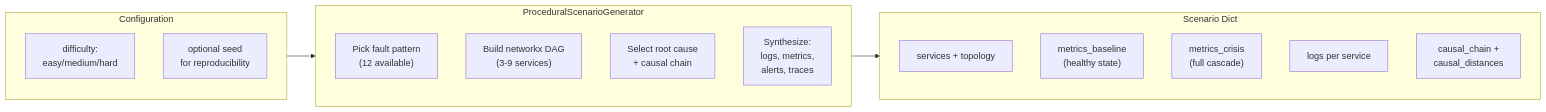
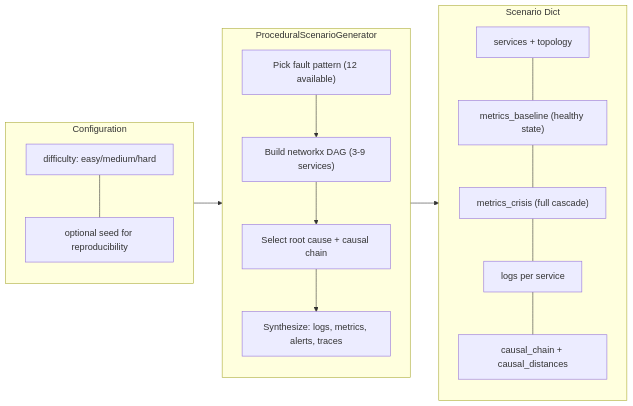
Before and after one commit to wildcraft958/incident_triage_env: the third of 7 diagrams in docs/ARCHITECTURE.md, drawn with Mermaid. The commit also changed other lines of this file and 1 other file, not shown here.

First line of the commit message:
Fix remaining Mermaid render failures on GitHub

````diff
--- a/docs/ARCHITECTURE.md
+++ b/docs/ARCHITECTURE.md
@@ -73,25 +72,22 @@
 ```mermaid
 flowchart LR
     subgraph INPUT["Configuration"]
-        DIFF["difficulty:<br/>easy/medium/hard"]
-        SEED["optional seed<br/>for reproducibility"]
+        DIFF["difficulty: easy/medium/hard"] --- SEED["optional seed for reproducibility"]
     end
 
     subgraph GENERATOR["ProceduralScenarioGenerator"]
-        FP["Pick fault pattern<br/>(12 available)"]
-        TOPO["Build networkx DAG<br/>(3-9 services)"]
-        RC["Select root cause<br/>+ causal chain"]
-        SYNTH["Synthesize:<br/>logs, metrics,<br/>alerts, traces"]
+        FP["Pick fault pattern (12 available)"] --> TOPO["Build networkx DAG (3-9 services)"]
+        TOPO --> RC["Select root cause + causal chain"]
+        RC --> SYNTH["Synthesize: logs, metrics, alerts, traces"]
     end
 
     subgraph OUTPUT["Scenario Dict"]
-        SVC["services + topology"]
-        BASELINE["metrics_baseline<br/>(healthy state)"]
-        CRISIS["metrics_crisis<br/>(full cascade)"]
-        LOGS["logs per service"]
-        CHAIN["causal_chain +<br/>causal_distances"]
+        SVC["services + topology"] --- BASELINE["metrics_baseline (healthy state)"]
+        BASELINE --- CRISIS["metrics_crisis (full cascade)"]
+        CRISIS --- LOGS["logs per service"]
+        LOGS --- CHAIN["causal_chain + causal_distances"]
     end
 
     INPUT --> GENERATOR
     GENERATOR --> OUTPUT
 ```
````
